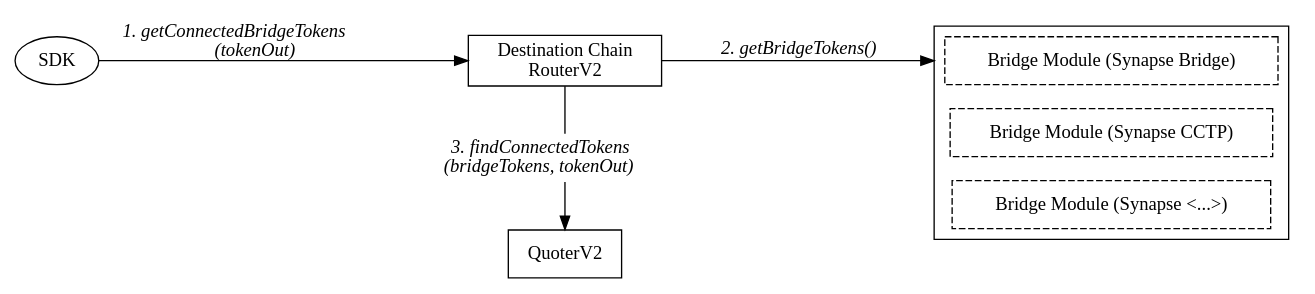
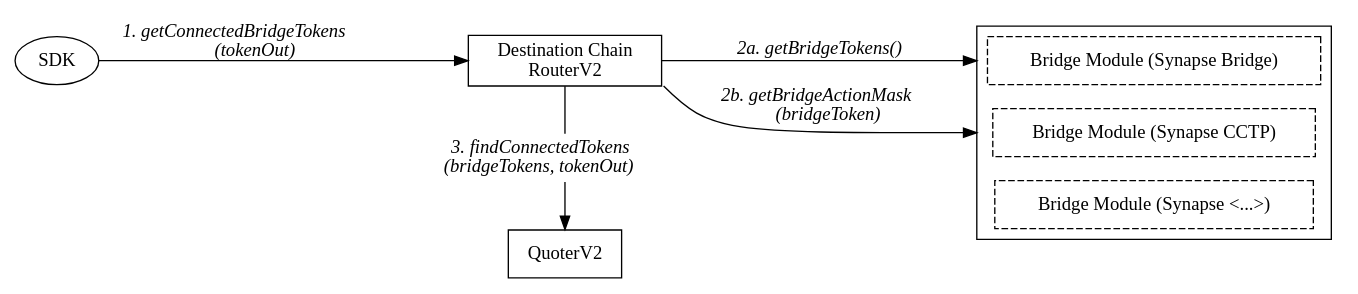
One commit to synapsecns/synapse-contracts changed the diagram in contracts/router/docs/quote1_calls.dot. Above: the diagram before and after it, drawn with Graphviz. The commit also changed 8 other files, not shown here.

```diff
--- a/contracts/router/docs/quote1_calls.dot
+++ b/contracts/router/docs/quote1_calls.dot
@@ -1,26 +1,27 @@
 digraph {
     compound = true;
     
     sdk [label = "SDK";];
     router [label = "Destination Chain\nRouterV2";shape = rect;];
     findConnectedTokens [label = <<I>3. findConnectedTokens<br></br>(bridgeTokens, tokenOut)</I>>;shape = none;];
     quoter [label = "QuoterV2";shape = rect;];
     
     rankdir = "LR";
     sdk -> router [label = <<I>1. getConnectedBridgeTokens<br></br>(tokenOut)</I>>;];
     
     subgraph cluster1 {
         node [shape = rect; style = dashed;];
         module1 [label = "Bridge Module (Synapse Bridge)";];
         module2 [label = "Bridge Module (Synapse CCTP)";];
         module3 [label = "Bridge Module (Synapse <...>)";];
     }
     
     subgraph {
         rank = same;
         router -> findConnectedTokens [dir = none;];
         findConnectedTokens -> quoter;
     }
     
-    router -> module1 [label = <<I>2. getBridgeTokens()</I>>; lhead = cluster1;];
+    router -> module1 [label = <<I>2a. getBridgeTokens()</I>>; lhead = cluster1; weight = 10;];
+    router:se -> module2:w [label = <<I>2b. getBridgeActionMask<br></br>(bridgeToken)</I>>; lhead = cluster1;];
 }
```
